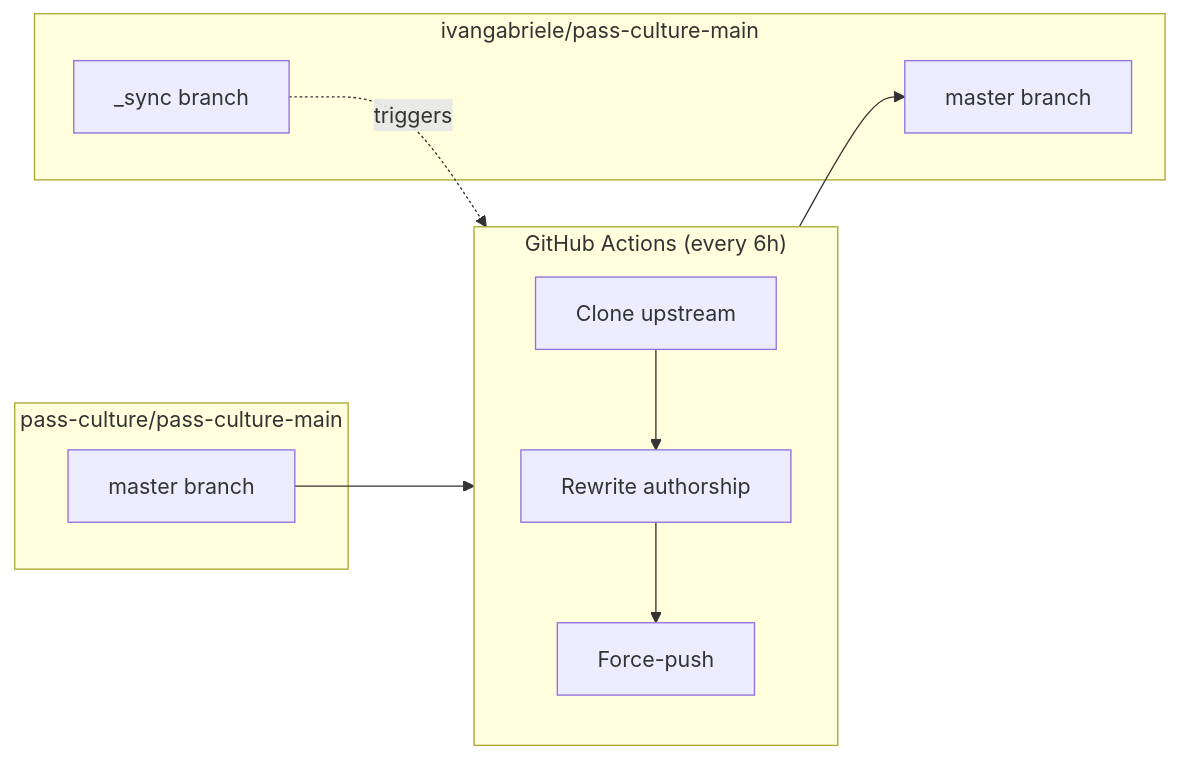
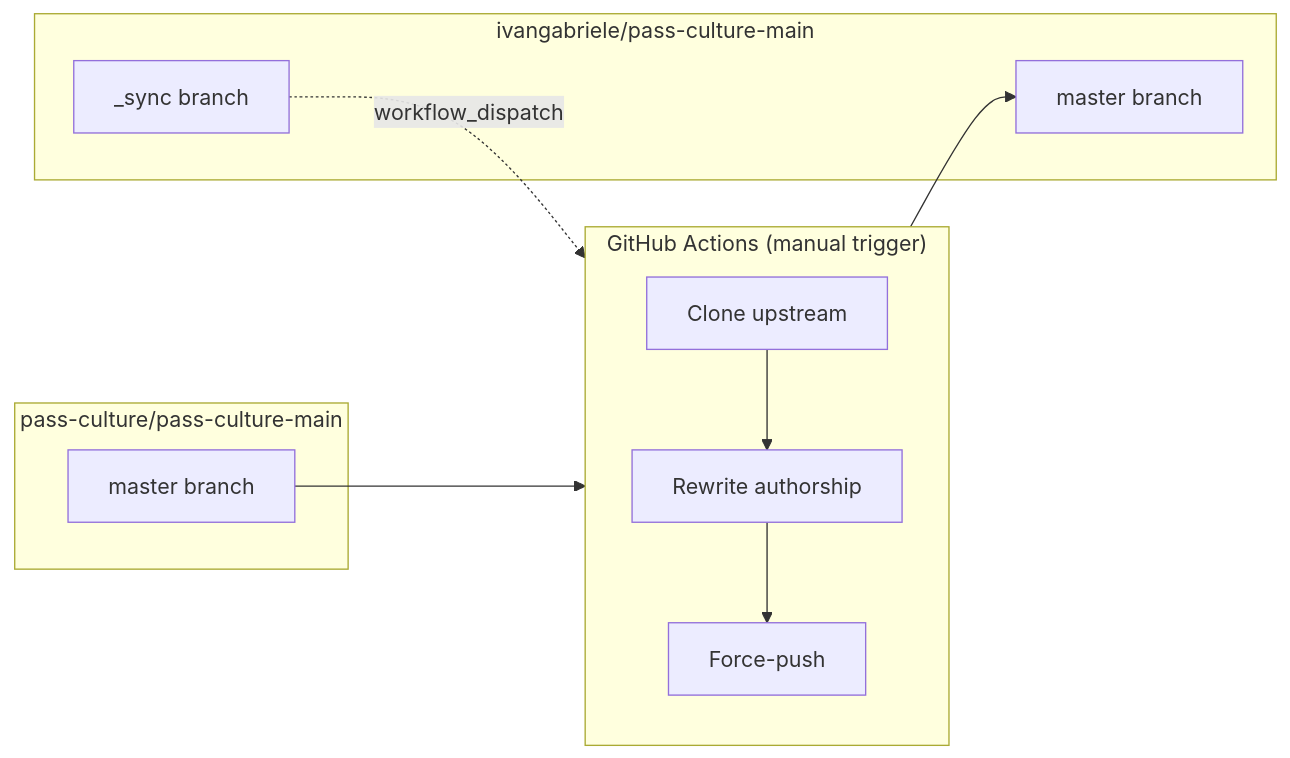
The diagram in README.md (ivangabriele/pass-culture-main), drawn with Mermaid before and after one commit. The commit also changed other lines of this file and 1 other file, not shown here.

````diff
--- a/README.md
+++ b/README.md
@@ -11,21 +11,21 @@
 ```mermaid
 flowchart LR
     subgraph upstream["pass-culture/pass-culture-main"]
         U[master branch]
     end
 
-    subgraph workflow["GitHub Actions (every 6h)"]
+    subgraph workflow["GitHub Actions (manual trigger)"]
         direction TB
         A[Clone upstream] --> B[Rewrite authorship]
         B --> C[Force-push]
     end
 
     subgraph mirror["ivangabriele/pass-culture-main"]
         M[master branch]
         S[_sync branch]
     end
 
     U --> A
     C --> M
-    S -.->|triggers| workflow
+    S -.->|workflow_dispatch| workflow
 ```
````
